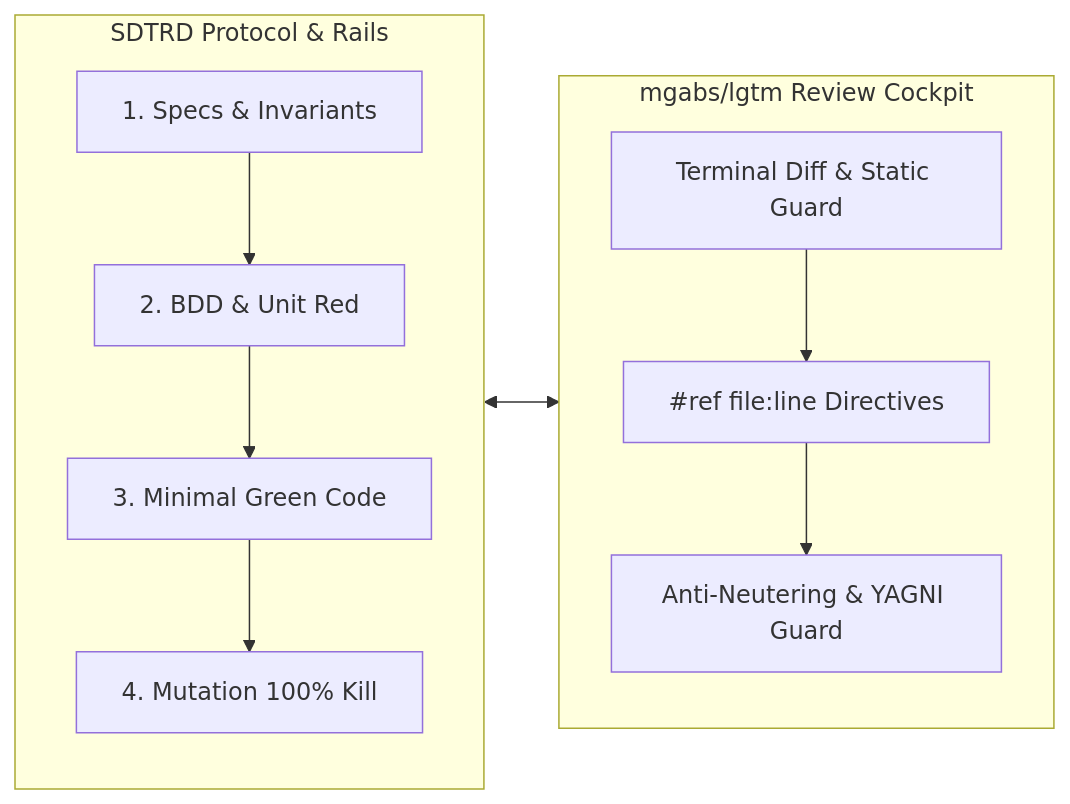
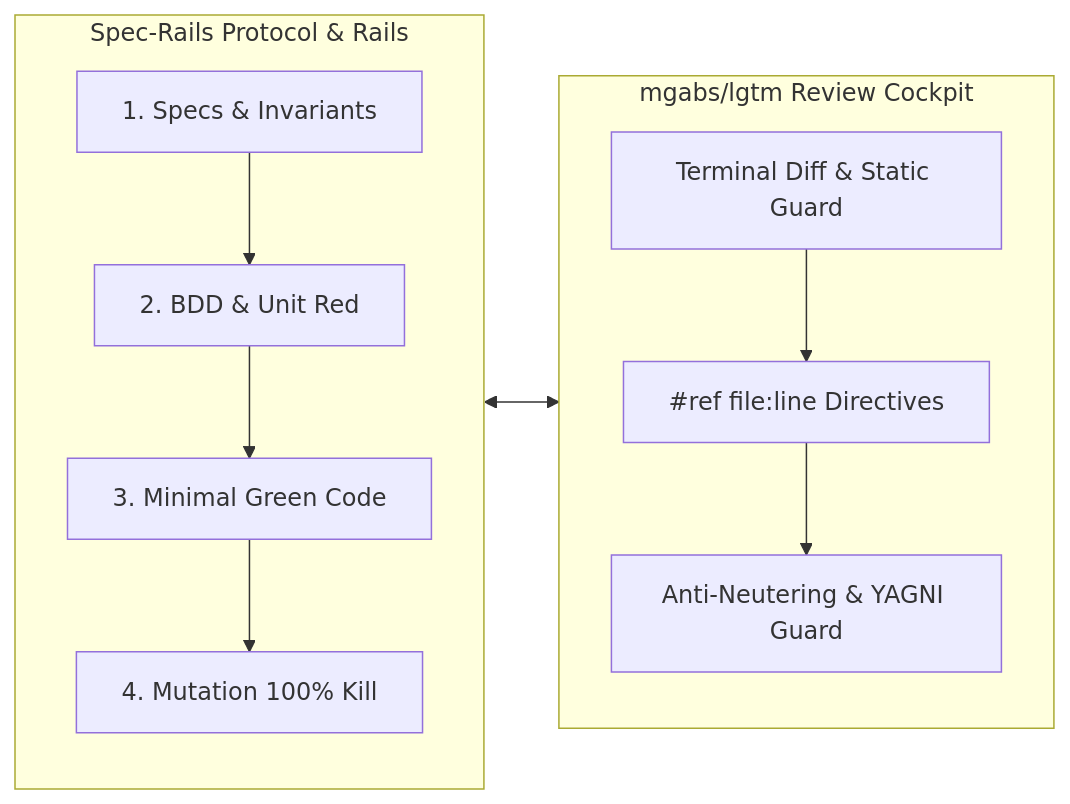
One commit to mgabs/SDTRD changed the diagram in README.md. Above: the diagram before and after it, drawn with Mermaid. The commit also changed other lines of this file and 36 other files, not shown here.

Commit message:
chore: rename project sdtrd -> spec-rails

````diff
--- a/README.md
+++ b/README.md
@@ -13,15 +13,15 @@
 ```mermaid
 flowchart LR
-    subgraph SDTRD_Protocol [SDTRD Protocol & Rails]
+    subgraph SPEC_RAILS_Protocol [Spec-Rails Protocol & Rails]
         Specs[1. Specs & Invariants] --> RedTest[2. BDD & Unit Red]
         RedTest --> Green[3. Minimal Green Code]
         Green --> Mutation[4. Mutation 100% Kill]
     end
 
     subgraph LGTM_Harness [mgabs/lgtm Review Cockpit]
         TUI[Terminal Diff & Static Guard] --> Directives["#ref file:line Directives"]
         Directives --> AntiFraud[Anti-Neutering & YAGNI Guard]
     end
 
-    SDTRD_Protocol <--> LGTM_Harness
+    SPEC_RAILS_Protocol <--> LGTM_Harness
 ```
````
